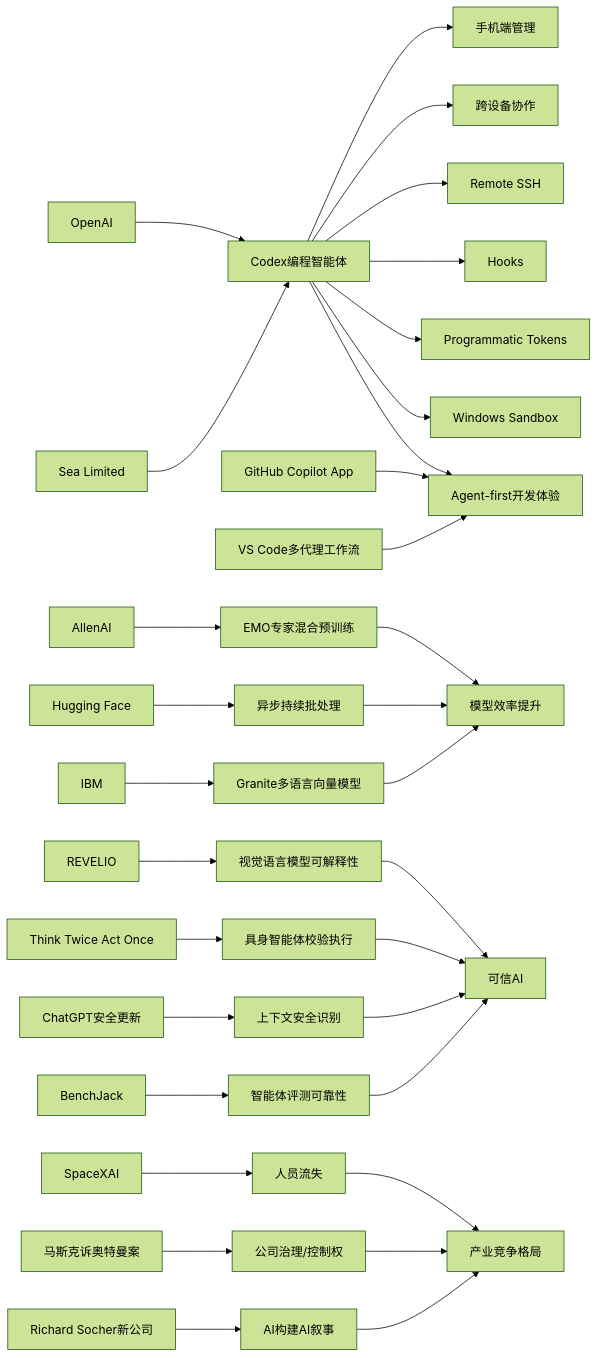
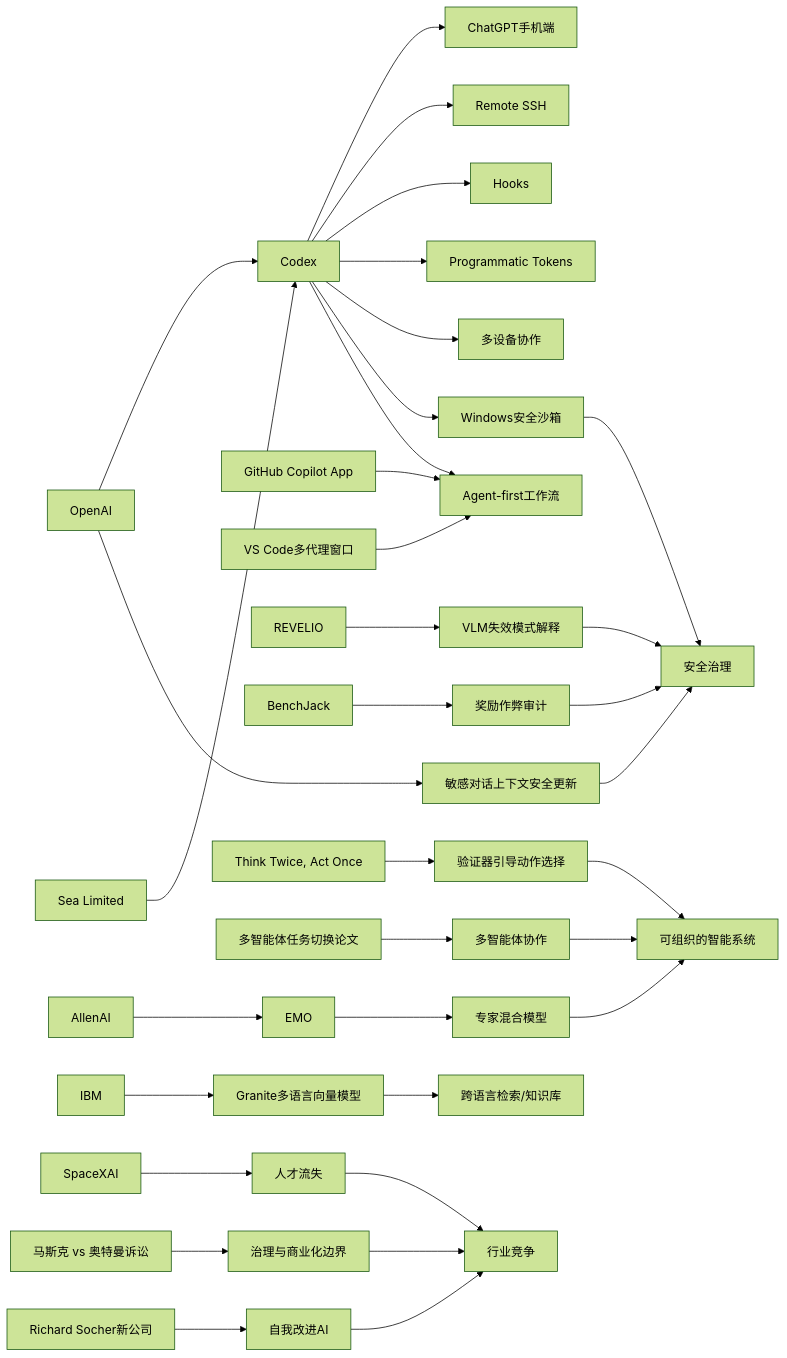
The diagram in content/cn/2026/2026-05/2026-05-15.md (zhuxinfei/ai-daily-site), drawn with Mermaid (forest theme) before and after one commit. The commit also changed other lines of this file, not shown here.

````diff
--- a/content/cn/2026/2026-05/2026-05-15.md
+++ b/content/cn/2026/2026-05/2026-05-15.md
@@ -110,37 +105,40 @@
 ```mermaid
 graph LR
-    OpenAI[OpenAI] --> Codex[Codex编程智能体]
-    Codex --> Mobile[手机端管理]
-    Codex --> CrossDevice[跨设备协作]
-    Codex --> SSH[Remote SSH]
+    OpenAI --> Codex
+    Codex --> MobileChatGPT[ChatGPT手机端]
+    Codex --> RemoteSSH[Remote SSH]
     Codex --> Hooks[Hooks]
     Codex --> Tokens[Programmatic Tokens]
-    Codex --> Sandbox[Windows Sandbox]
+    Codex --> MultiDevice[多设备协作]
+    Codex --> WinSandbox[Windows安全沙箱]
     Sea[Sea Limited] --> Codex
-    GitHub[GitHub Copilot App] --> AgentUX[Agent-first开发体验]
-    VSCode[VS Code多代理工作流] --> AgentUX
-    Codex --> AgentUX
+    GitHubCopilot[GitHub Copilot App] --> AgentFirst[Agent-first工作流]
+    VSCode[VS Code多代理窗口] --> AgentFirst
+    Codex --> AgentFirst
 
-    AllenAI[AllenAI] --> EMO[EMO专家混合预训练]
-    HF[Hugging Face] --> AsyncBatch[异步持续批处理]
-    IBM[IBM] --> Granite[Granite多语言向量模型]
-    EMO --> Efficiency[模型效率提升]
-    AsyncBatch --> Efficiency
-    Granite --> Efficiency
+    OpenAI --> SafetyUpdate[敏感对话上下文安全更新]
+    REVELIO --> VLM[VLM失效模式解释]
+    BenchJack --> RewardHacking[奖励作弊审计]
+    WinSandbox --> SafetyGov[安全治理]
+    SafetyUpdate --> SafetyGov
+    VLM --> SafetyGov
+    RewardHacking --> SafetyGov
 
-    REVELIO[REVELIO] --> VLM[视觉语言模型可解释性]
-    Verifier[Think Twice Act Once] --> Embodied[具身智能体校验执行]
-    ChatGPT[ChatGPT安全更新] --> ContextSafety[上下文安全识别]
-    BenchJack[BenchJack] --> Eval[智能体评测可靠性]
-    VLM --> Trust[可信AI]
-    Embodied --> Trust
-    ContextSafety --> Trust
-    Eval --> Trust
+    AllenAI --> EMO[EMO]
+    EMO --> MoE[专家混合模型]
+    ThinkTwice[Think Twice, Act Once] --> Verifier[验证器引导动作选择]
+    MultiAgentPaper[多智能体任务切换论文] --> MultiAgent[多智能体协作]
+    MoE --> OrganizedAI[可组织的智能系统]
+    Verifier --> OrganizedAI
+    MultiAgent --> OrganizedAI
 
-    SpaceXAI[SpaceXAI] --> Talent[人员流失]
-    MuskAltman[马斯克诉奥特曼案] --> Governance[公司治理/控制权]
-    Socher[Richard Socher新公司] --> SelfBuilding[AI构建AI叙事]
-    Talent --> IndustryComp[产业竞争格局]
+    IBM --> Granite[Granite多语言向量模型]
+    Granite --> Retrieval[跨语言检索/知识库]
+
+    SpaceXAI --> TalentRisk[人才流失]
+    MuskAltman[马斯克 vs 奥特曼诉讼] --> Governance[治理与商业化边界]
+    Socher[Richard Socher新公司] --> SelfImprovingAI[自我改进AI]
+    TalentRisk --> IndustryComp[行业竞争]
     Governance --> IndustryComp
-    SelfBuilding --> IndustryComp
+    SelfImprovingAI --> IndustryComp
 ```
````
